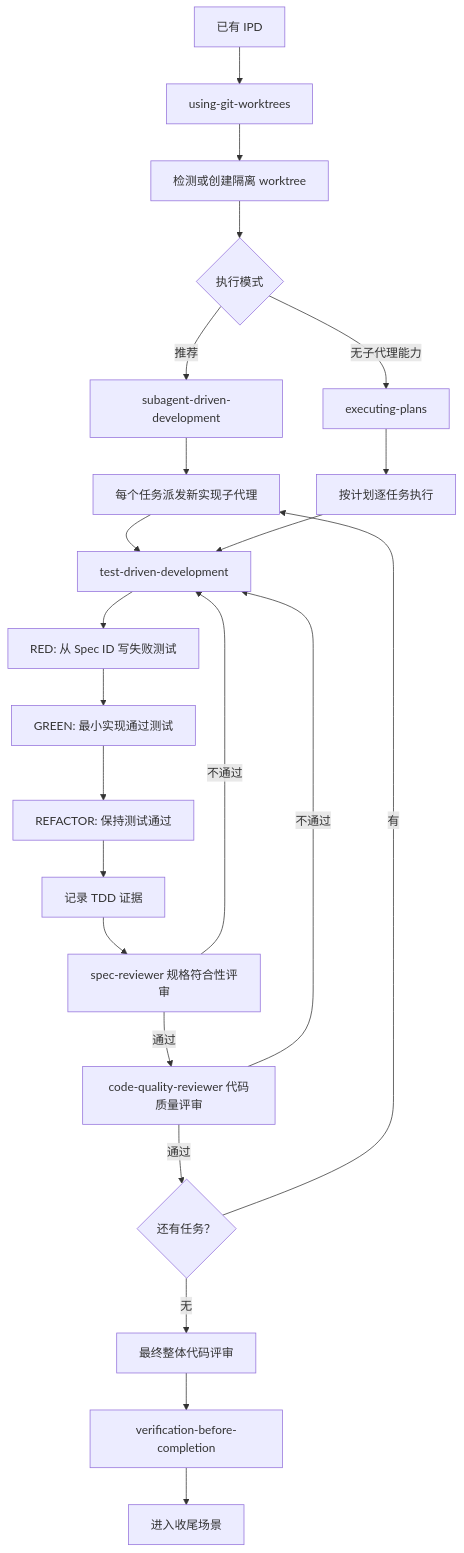
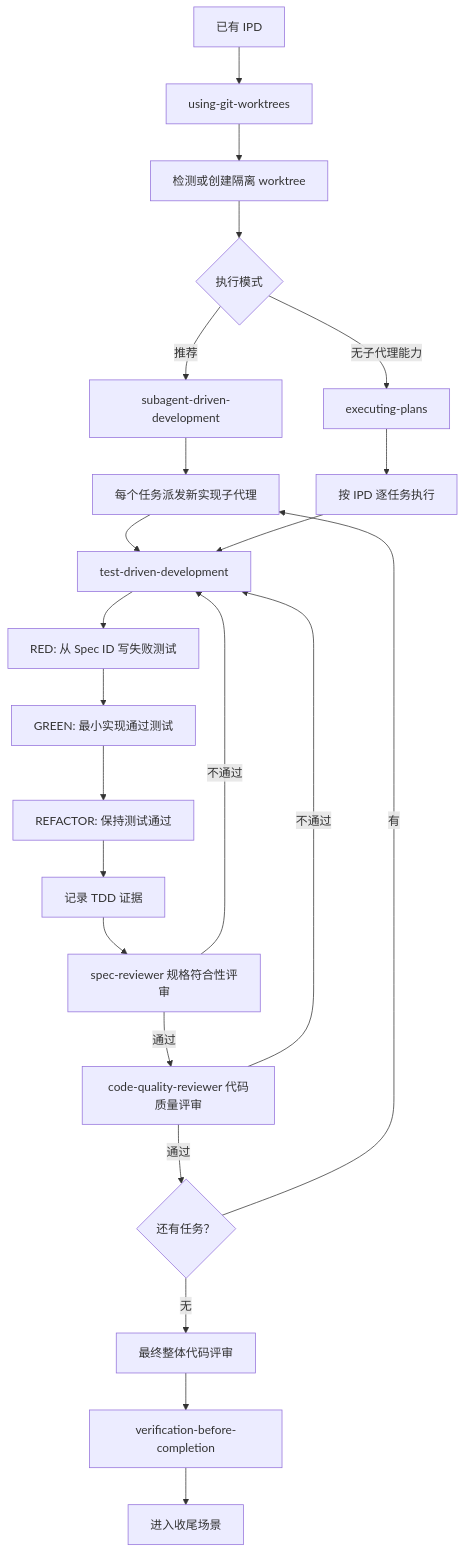
The fourth of 11 diagrams in docs/workflow-chain.md (Vincen-dev/coding-plugins), drawn with Mermaid before and after one commit. The commit also changed other lines of this file and 31 other files, not shown here.

````diff
--- a/docs/workflow-chain.md
+++ b/docs/workflow-chain.md
@@ -210,25 +210,25 @@
 ```mermaid
 flowchart TD
   A["已有 IPD"] --> B["using-git-worktrees"]
   B --> C["检测或创建隔离 worktree"]
   C --> D{"执行模式"}
   D -->|推荐| E["subagent-driven-development"]
   D -->|无子代理能力| F["executing-plans"]
   E --> G["每个任务派发新实现子代理"]
-  F --> H["按计划逐任务执行"]
+  F --> H["按 IPD 逐任务执行"]
   G --> I["test-driven-development"]
   H --> I
   I --> J["RED: 从 Spec ID 写失败测试"]
   J --> K["GREEN: 最小实现通过测试"]
   K --> L["REFACTOR: 保持测试通过"]
   L --> EVIDENCE["记录 TDD 证据"]
   EVIDENCE --> M["spec-reviewer 规格符合性评审"]
   M -->|不通过| I
   M -->|通过| N["code-quality-reviewer 代码质量评审"]
   N -->|不通过| I
   N -->|通过| O{"还有任务？"}
   O -->|有| G
   O -->|无| P["最终整体代码评审"]
   P --> Q["verification-before-completion"]
   Q --> R["进入收尾场景"]
 ```
````
